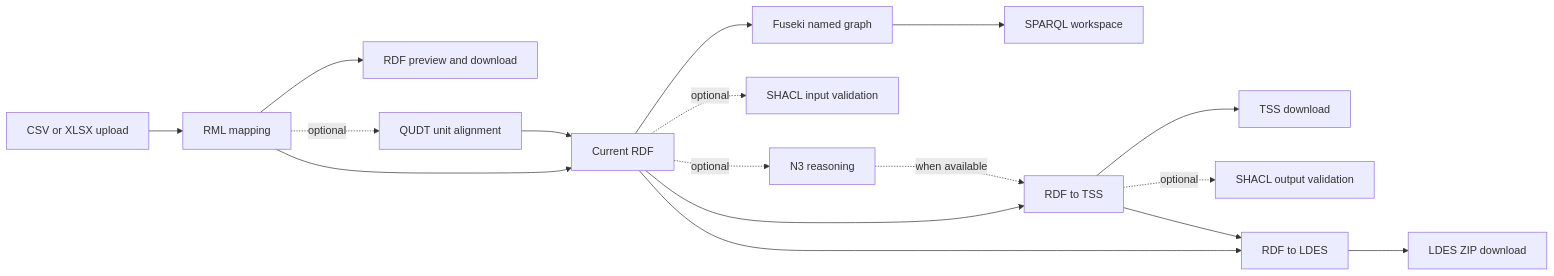
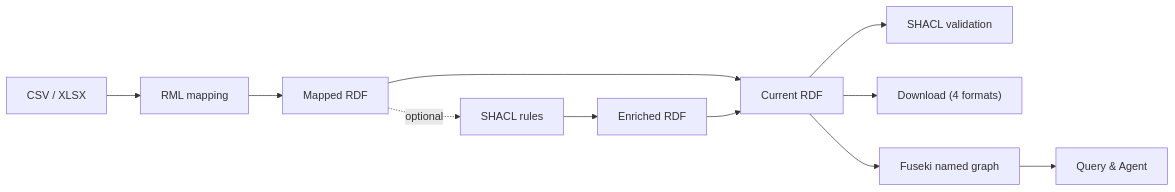
One commit to ShehabEldeenAyman/Generic-Dashboard-System changed the first of 2 diagrams in README.md. Above: the diagram before and after it, drawn with Mermaid. The commit also changed other lines of this file and 34 other files, not shown here.

````diff
--- a/README.md
+++ b/README.md
@@ -26,19 +32,13 @@
 ```mermaid
 flowchart LR
-    A["CSV or XLSX upload"] --> B["RML mapping"]
-    B --> C["RDF preview and download"]
-    B -. optional .-> U["QUDT unit alignment"]
-    B --> R["Current RDF"]
-    U --> R
-    R --> D["Fuseki named graph"]
-    D --> E["SPARQL workspace"]
-    R -. optional .-> F["SHACL input validation"]
-    R -. optional .-> G["N3 reasoning"]
-    R --> H["RDF to TSS"]
-    G -. when available .-> H
-    H --> I["TSS download"]
-    H -. optional .-> J["SHACL output validation"]
-    R --> K["RDF to LDES"]
-    H --> K
-    K --> L["LDES ZIP download"]
+    A["CSV / XLSX"] --> B["RML mapping"]
+    B --> R["Mapped RDF"]
+    R -. optional .-> S["SHACL rules"]
+    S --> E["Enriched RDF"]
+    R --> C["Current RDF"]
+    E --> C
+    C --> V["SHACL validation"]
+    C --> D["Download (4 formats)"]
+    C --> F["Fuseki named graph"]
+    F --> Q["Query & Agent"]
 ```
````
